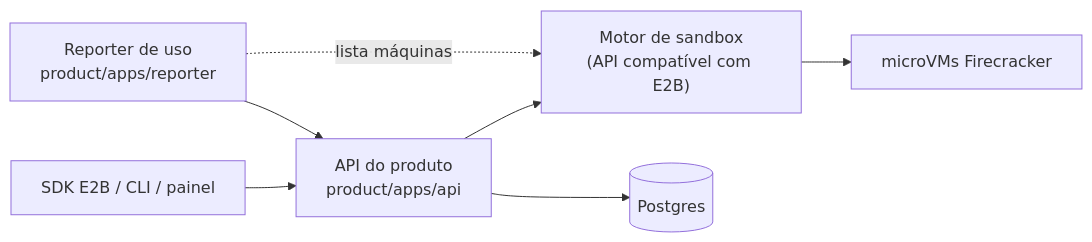
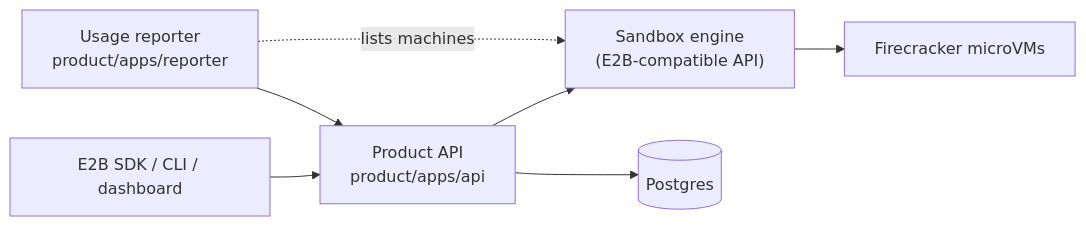
Before and after one commit to corvo-technology/rookbox: the diagram in README.md, drawn with Mermaid. The commit also changed other lines of this file and 2 other files, not shown here.

````diff
--- a/README.md
+++ b/README.md
@@ -65,9 +65,9 @@
 ```mermaid
 flowchart LR
-  A["SDK E2B / CLI / painel"] --> B["API do produto<br/>product/apps/api"]
-  B --> C["Motor de sandbox<br/>(API compatível com E2B)"]
-  C --> D["microVMs Firecracker"]
-  R["Reporter de uso<br/>product/apps/reporter"] --> B
-  R -. lista máquinas .-> C
+  A["E2B SDK / CLI / dashboard"] --> B["Product API<br/>product/apps/api"]
+  B --> C["Sandbox engine<br/>(E2B-compatible API)"]
+  C --> D["Firecracker microVMs"]
+  R["Usage reporter<br/>product/apps/reporter"] --> B
+  R -. lists machines .-> C
   B --> P[("Postgres")]
 ```
````
